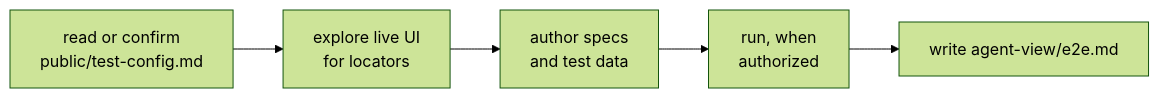
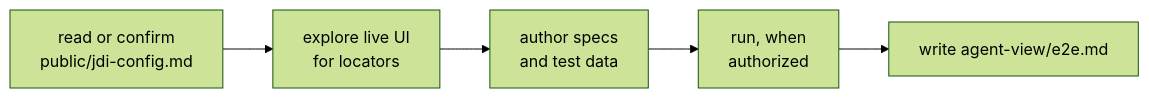
Before and after one commit to le0u0/just-do-it: the diagram in docs/go-e2e.md, drawn with Mermaid (forest theme). The commit also changed other lines of this file and 31 other files, not shown here.

````diff
--- a/docs/go-e2e.md
+++ b/docs/go-e2e.md
@@ -7,7 +7,7 @@
 ```mermaid
 flowchart LR
-    A[read or confirm<br/>public/test-config.md] --> B[explore live UI<br/>for locators]
+    A[read or confirm<br/>public/jdi-config.md] --> B[explore live UI<br/>for locators]
     B --> C[author specs<br/>and test data]
     C --> D[run, when<br/>authorized]
     D --> E[write agent-view/e2e.md]
 ```
````
